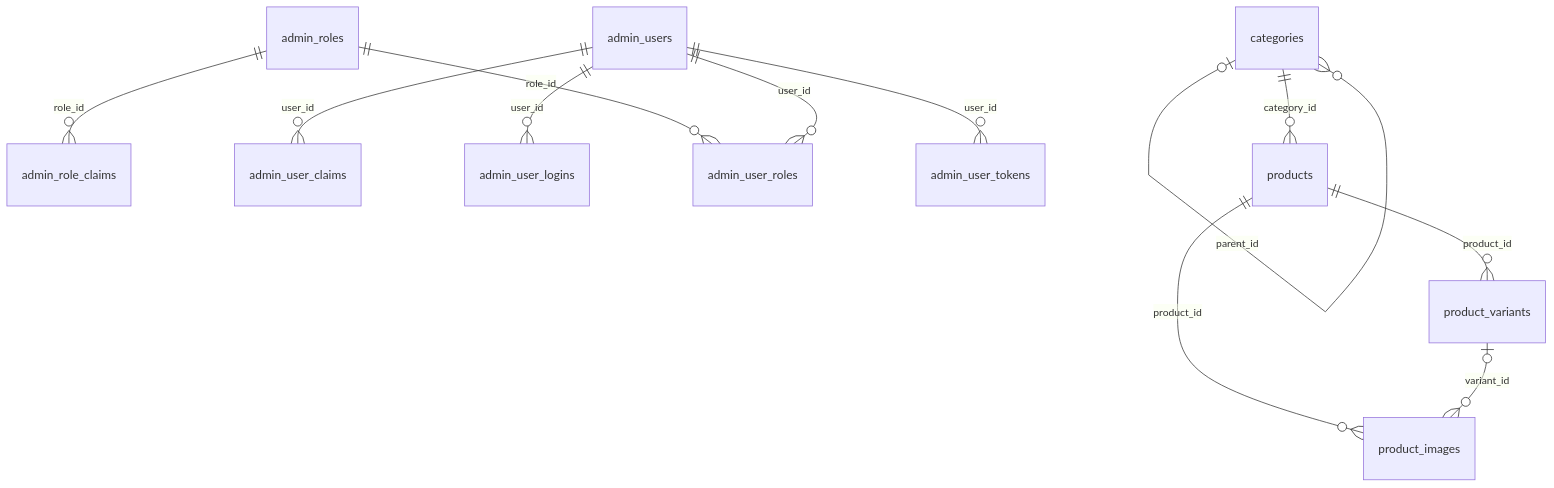
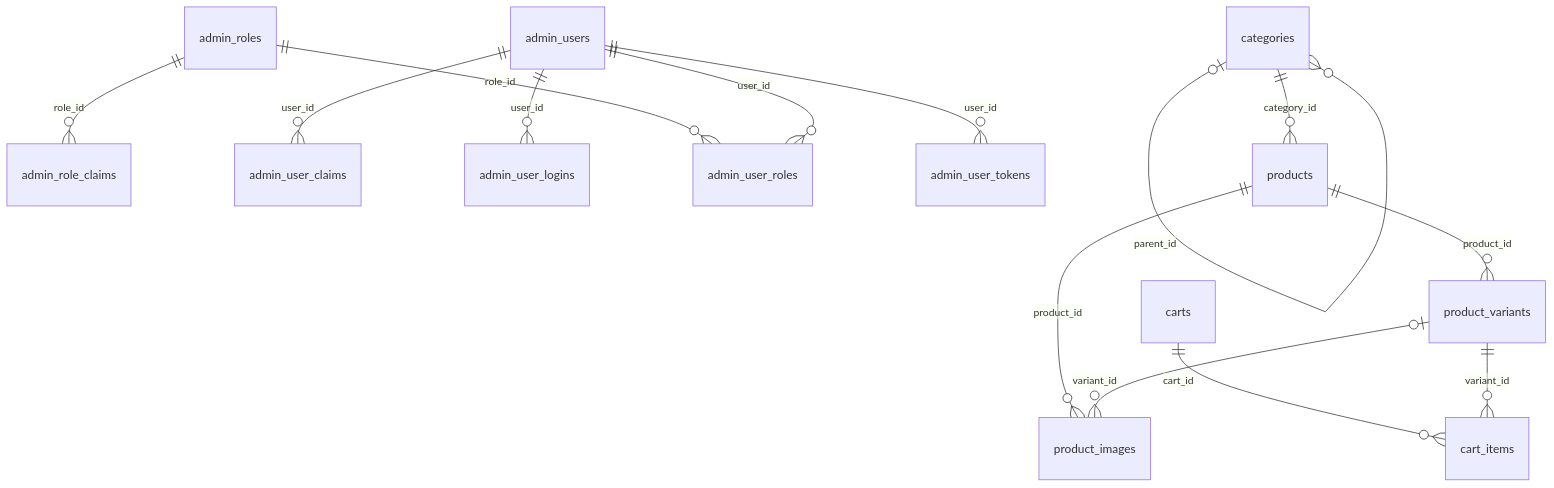
One commit to IvanSemov44/printko3d changed the diagram in docs/database-schema.md. Above: the diagram before and after it, drawn with Mermaid. The commit also changed other lines of this file and 18 other files, not shown here.

````diff
--- a/docs/database-schema.md
+++ b/docs/database-schema.md
@@ -11,14 +11,16 @@
 ```mermaid
 erDiagram
     admin_roles ||--o{ admin_role_claims : "role_id"
     admin_users ||--o{ admin_user_claims : "user_id"
     admin_users ||--o{ admin_user_logins : "user_id"
     admin_roles ||--o{ admin_user_roles : "role_id"
     admin_users ||--o{ admin_user_roles : "user_id"
     admin_users ||--o{ admin_user_tokens : "user_id"
+    carts ||--o{ cart_items : "cart_id"
+    product_variants ||--o{ cart_items : "variant_id"
     categories |o--o{ categories : "parent_id"
     products ||--o{ product_images : "product_id"
     product_variants |o--o{ product_images : "variant_id"
     products ||--o{ product_variants : "product_id"
     categories ||--o{ products : "category_id"
 ```
````
